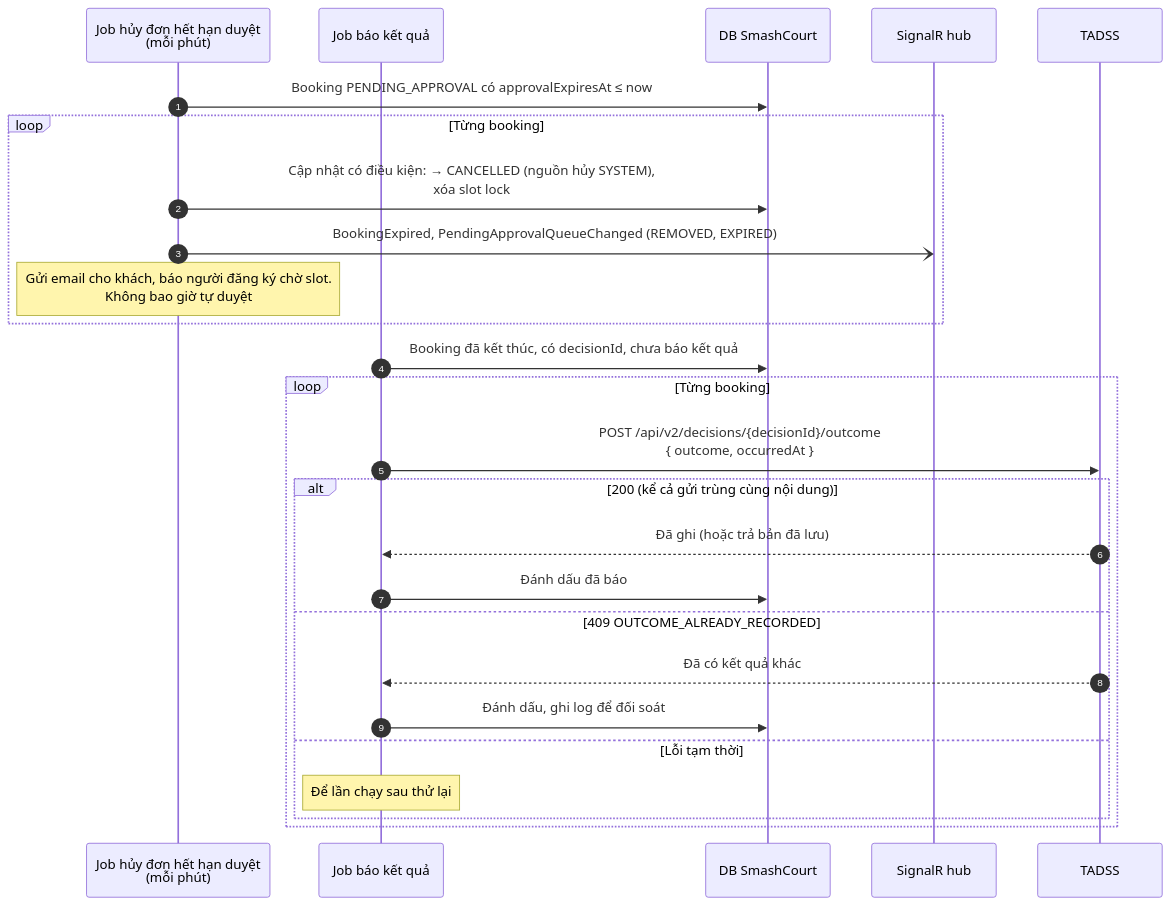
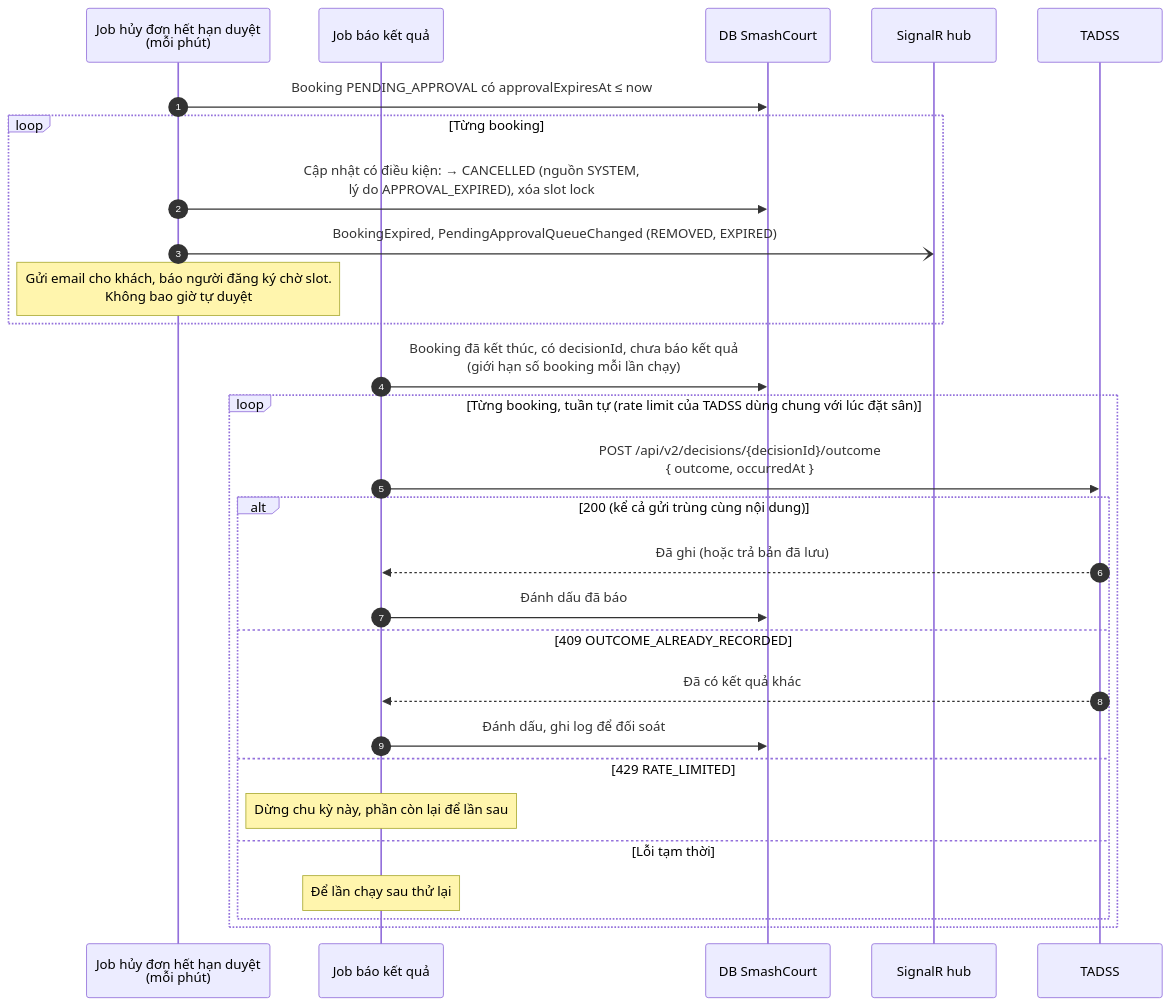
One commit to NguyenThanhTrung-N2T/TrustworthyAdaptiveDecisionSupportSystem-TADSS changed the fourth of 6 diagrams in docs/report/SEQUENCE_DIAGRAMS.md. Above: the diagram before and after it, drawn with Mermaid. The commit also changed other lines of this file and 9 other files, not shown here.

Commit message:
docs: align Phase 6 design and report docs (login-only online booking, 15-min hold, cancel_reason, payment/cancel sequences)

````diff
--- a/docs/report/SEQUENCE_DIAGRAMS.md
+++ b/docs/report/SEQUENCE_DIAGRAMS.md
@@ -187,30 +199,32 @@
 ```mermaid
 sequenceDiagram
     autonumber
     participant J1 as Job hủy đơn hết hạn duyệt<br/>(mỗi phút)
     participant J2 as Job báo kết quả
     participant DB as DB SmashCourt
     participant H as SignalR hub
     participant T as TADSS
 
     J1->>DB: Booking PENDING_APPROVAL có approvalExpiresAt ≤ now
     loop Từng booking
-        J1->>DB: Cập nhật có điều kiện: → CANCELLED (nguồn hủy SYSTEM),<br/>xóa slot lock
+        J1->>DB: Cập nhật có điều kiện: → CANCELLED (nguồn SYSTEM,<br/>lý do APPROVAL_EXPIRED), xóa slot lock
         J1-)H: BookingExpired, PendingApprovalQueueChanged (REMOVED, EXPIRED)
         Note over J1: Gửi email cho khách, báo người đăng ký chờ slot.<br/>Không bao giờ tự duyệt
     end
 
-    J2->>DB: Booking đã kết thúc, có decisionId, chưa báo kết quả
-    loop Từng booking
+    J2->>DB: Booking đã kết thúc, có decisionId, chưa báo kết quả<br/>(giới hạn số booking mỗi lần chạy)
+    loop Từng booking, tuần tự (rate limit của TADSS dùng chung với lúc đặt sân)
         J2->>T: POST /api/v2/decisions/{decisionId}/outcome<br/>{ outcome, occurredAt }
         alt 200 (kể cả gửi trùng cùng nội dung)
             T-->>J2: Đã ghi (hoặc trả bản đã lưu)
             J2->>DB: Đánh dấu đã báo
         else 409 OUTCOME_ALREADY_RECORDED
             T-->>J2: Đã có kết quả khác
             J2->>DB: Đánh dấu, ghi log để đối soát
+        else 429 RATE_LIMITED
+            Note over J2: Dừng chu kỳ này, phần còn lại để lần sau
         else Lỗi tạm thời
             Note over J2: Để lần chạy sau thử lại
         end
     end
 ```
````
